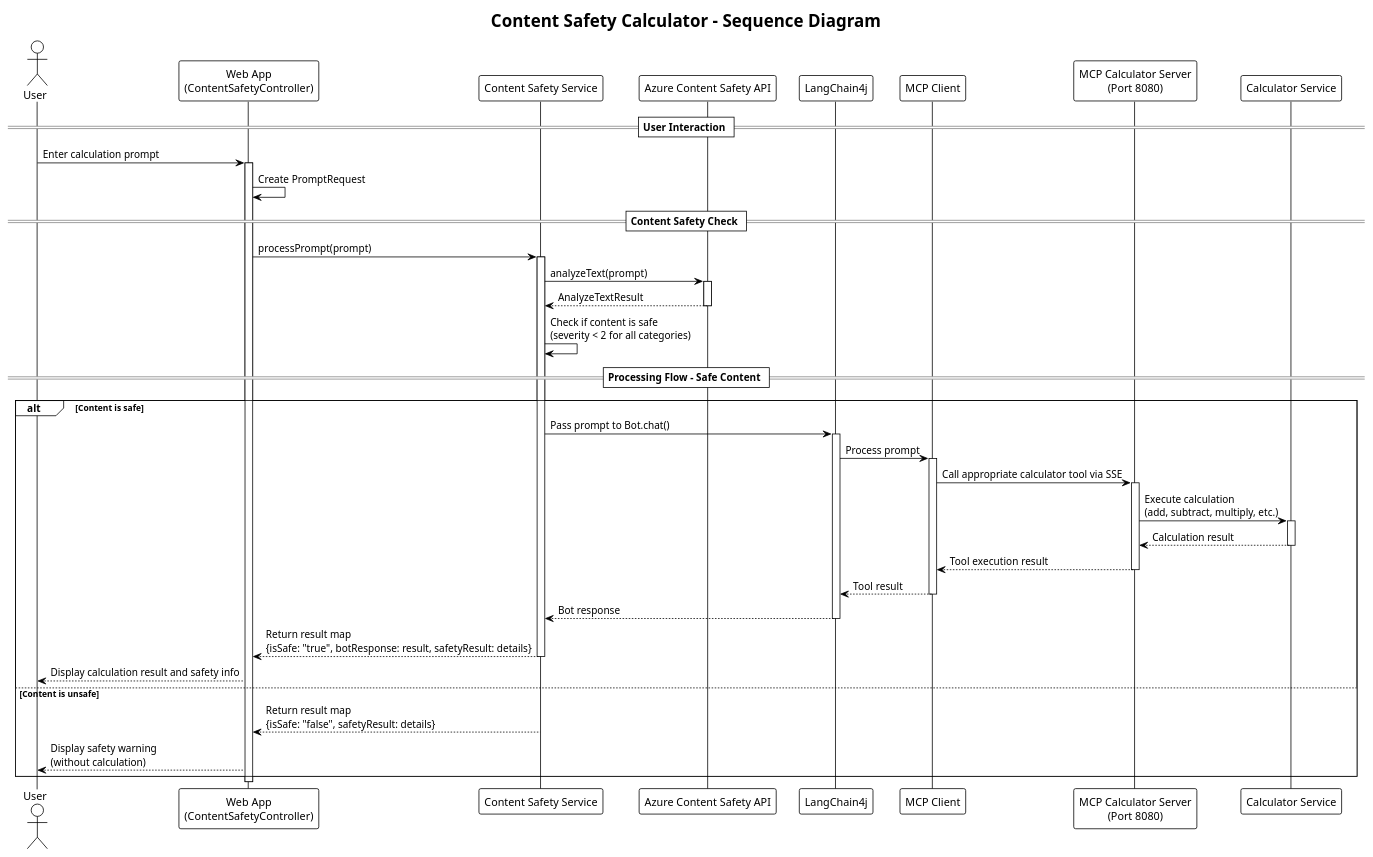
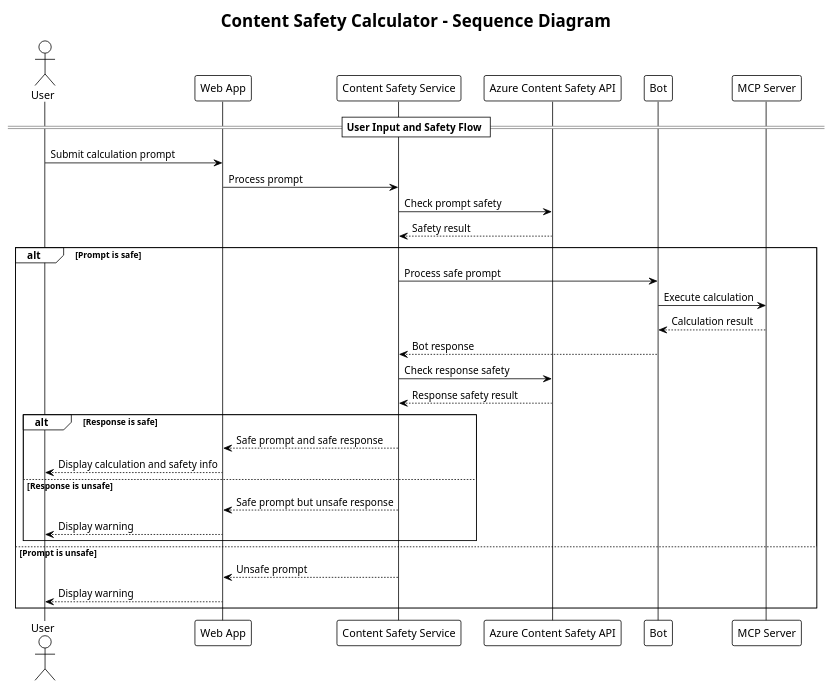
The diagram in src/main/resources/diagrams/sequence-diagram.puml (roryp/contentsafety), drawn with PlantUML before and after one commit. The commit also changed 4 other files, not shown here.

Commit message:
feat: Enhance content safety features with dual-layer checks for user prompts and bot responses

```diff
--- a/src/main/resources/diagrams/sequence-diagram.puml
+++ b/src/main/resources/diagrams/sequence-diagram.puml
@@ -1,59 +1,40 @@
 @startuml Content Safety Calculator Flow
 !theme plain
 
 title Content Safety Calculator - Sequence Diagram
 
 actor User
-participant "Web App\n(ContentSafetyController)" as WebApp
+participant "Web App" as WebApp
 participant "Content Safety Service" as SafetyService
 participant "Azure Content Safety API" as AzureAPI
-participant "LangChain4j" as LangChain
-participant "MCP Client" as McpClient
-participant "MCP Calculator Server\n(Port 8080)" as McpServer
-participant "Calculator Service" as CalcService
+participant "Bot" as Bot
+participant "MCP Server" as McpServer
 
-== User Interaction ==
-User -> WebApp: Enter calculation prompt
-activate WebApp
-WebApp -> WebApp: Create PromptRequest
+== User Input and Safety Flow ==
+User -> WebApp: Submit calculation prompt
+WebApp -> SafetyService: Process prompt
+SafetyService -> AzureAPI: Check prompt safety
+AzureAPI --> SafetyService: Safety result
 
-== Content Safety Check ==
-WebApp -> SafetyService: processPrompt(prompt)
-activate SafetyService
-SafetyService -> AzureAPI: analyzeText(prompt)
-activate AzureAPI
-AzureAPI --> SafetyService: AnalyzeTextResult
-deactivate AzureAPI
-
-SafetyService -> SafetyService: Check if content is safe\n(severity < 2 for all categories)
-
-== Processing Flow - Safe Content ==
-alt Content is safe
-    SafetyService -> LangChain: Pass prompt to Bot.chat()
-    activate LangChain
-    LangChain -> McpClient: Process prompt
-    activate McpClient
-    McpClient -> McpServer: Call appropriate calculator tool via SSE
-    activate McpServer
-    McpServer -> CalcService: Execute calculation\n(add, subtract, multiply, etc.)
-    activate CalcService
-    CalcService --> McpServer: Calculation result
-    deactivate CalcService
-    McpServer --> McpClient: Tool execution result
-    deactivate McpServer
-    McpClient --> LangChain: Tool result
-    deactivate McpClient
-    LangChain --> SafetyService: Bot response
-    deactivate LangChain
-    SafetyService --> WebApp: Return result map\n{isSafe: "true", botResponse: result, safetyResult: details}
-    deactivate SafetyService
-    WebApp --> User: Display calculation result and safety info
+alt Prompt is safe
+    SafetyService -> Bot: Process safe prompt
+    Bot -> McpServer: Execute calculation
+    McpServer --> Bot: Calculation result
+    Bot --> SafetyService: Bot response
     
-else Content is unsafe
-    SafetyService --> WebApp: Return result map\n{isSafe: "false", safetyResult: details}
-    WebApp --> User: Display safety warning\n(without calculation)
+    SafetyService -> AzureAPI: Check response safety
+    AzureAPI --> SafetyService: Response safety result
+    
+    alt Response is safe
+        SafetyService --> WebApp: Safe prompt and safe response
+        WebApp --> User: Display calculation and safety info
+    else Response is unsafe
+        SafetyService --> WebApp: Safe prompt but unsafe response
+        WebApp --> User: Display warning
+    end
+else Prompt is unsafe
+    SafetyService --> WebApp: Unsafe prompt
+    WebApp --> User: Display warning
 end
 
-deactivate WebApp
-
 @enduml
```
